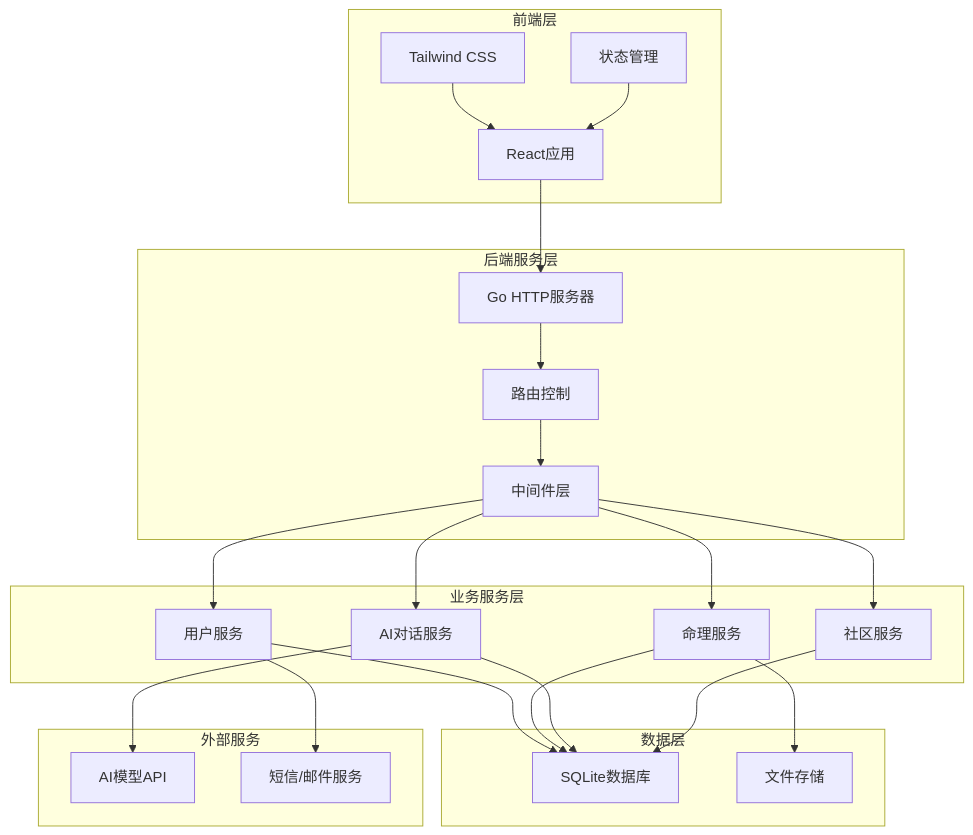
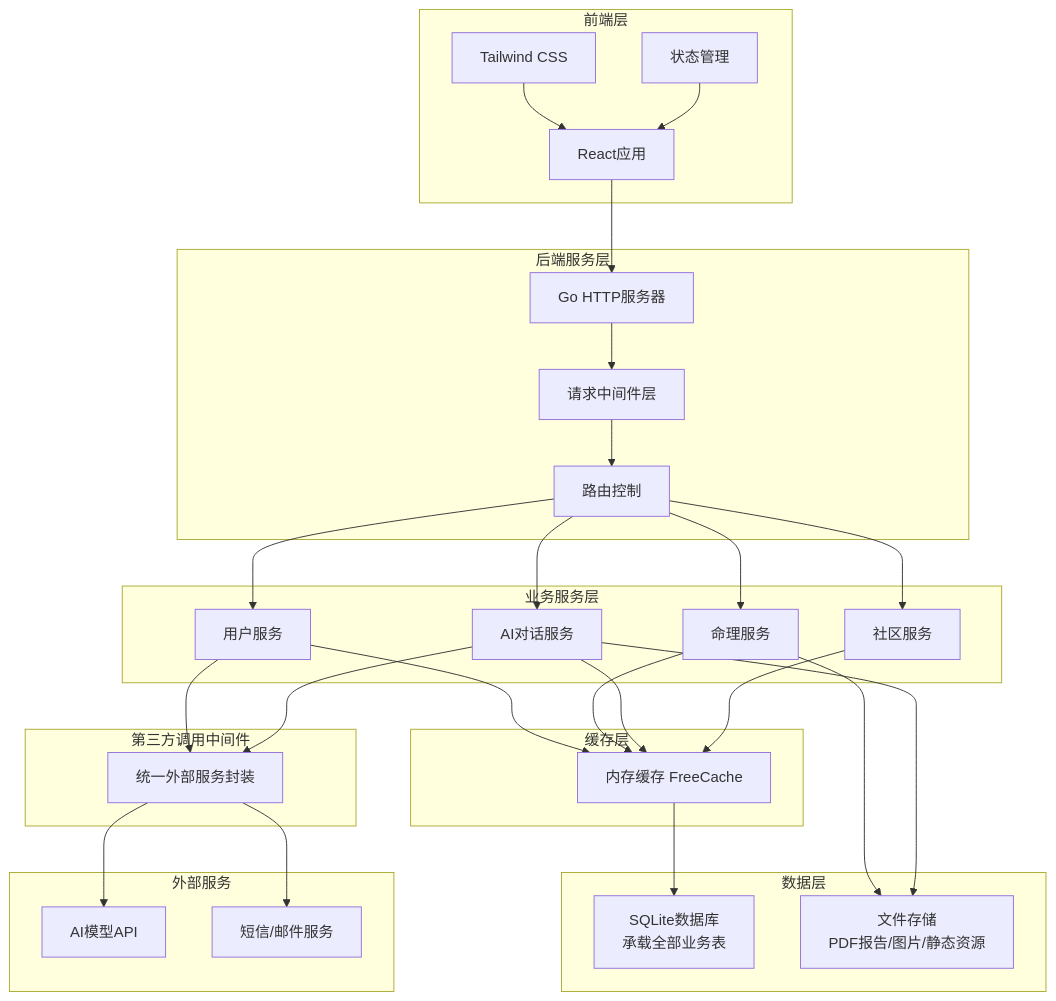
Before and after one commit to J-W-M/text: the first of 3 diagrams in .trae/documents/architecture.md, drawn with Mermaid. The commit also changed other lines of this file and 70 other files, not shown here.

````diff
--- a/.trae/documents/architecture.md
+++ b/.trae/documents/architecture.md
@@ -5,48 +5,60 @@
 ```mermaid
 flowchart TB
     subgraph Frontend["前端层"]
         A1["React应用"]
         A2["Tailwind CSS"]
         A3["状态管理"]
     end
     
     subgraph Backend["后端服务层"]
         B1["Go HTTP服务器"]
-        B2["路由控制"]
-        B3["中间件层"]
+        B2["请求中间件层"]
+        B3["路由控制"]
     end
     
     subgraph Services["业务服务层"]
         C1["用户服务"]
         C2["命理服务"]
         C3["AI对话服务"]
         C4["社区服务"]
     end
     
+    subgraph Cache["缓存层"]
+        CA1["内存缓存 FreeCache"]
+    end
+    
     subgraph Data["数据层"]
-        D1["SQLite数据库"]
-        D2["文件存储"]
+        D1["SQLite数据库<br/>承载全部业务表"]
+        D2["文件存储<br/>PDF报告/图片/静态资源"]
+    end
+    
+    subgraph ExternalAdapter["第三方调用中间件"]
+        EA1["统一外部服务封装"]
     end
     
     subgraph External["外部服务"]
         E1["AI模型API"]
         E2["短信/邮件服务"]
     end
     
     A1 --> B1
     A2 --> A1
     A3 --> A1
     B1 --> B2
     B2 --> B3
     B3 --> C1
     B3 --> C2
     B3 --> C3
     B3 --> C4
-    C1 --> D1
-    C2 --> D1
-    C3 --> E1
-    C3 --> D1
-    C4 --> D1
-    C1 --> E2
+    C1 --> CA1
+    C2 --> CA1
+    C3 --> CA1
+    C4 --> CA1
+    CA1 --> D1
+    C1 --> EA1
+    C3 --> EA1
+    EA1 --> E1
+    EA1 --> E2
     C2 --> D2
+    C3 --> D2
 ```
````
